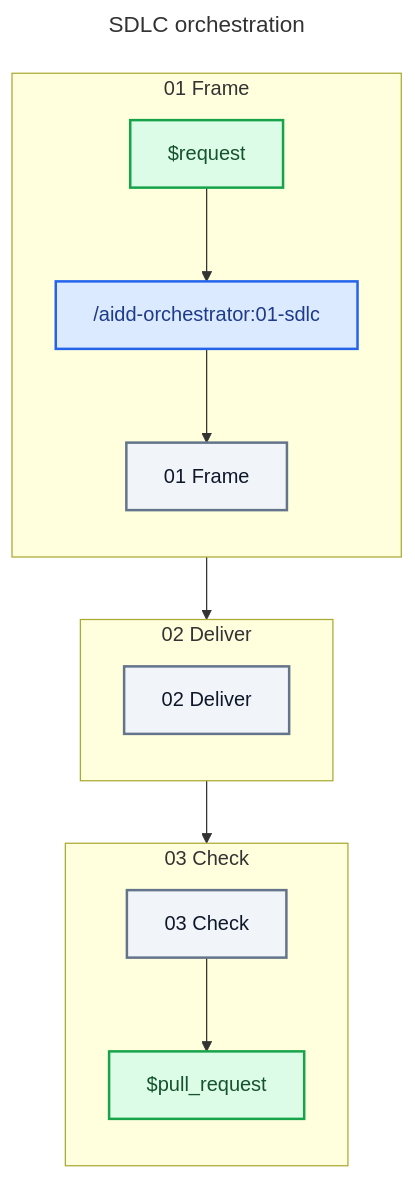
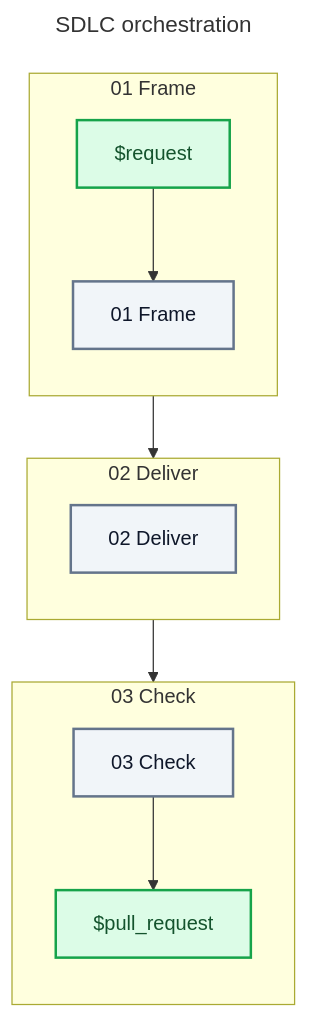
Before and after one commit to ai-driven-dev/aidd-framework: the diagram in plugins/aidd-orchestrator/skills/01-sdlc/SKILL.md, drawn with Mermaid. The commit also changed 3 other files, not shown here.

First line of the commit message:
refactor(orchestrator): remove SDLC self-references

````diff
--- a/plugins/aidd-orchestrator/skills/01-sdlc/SKILL.md
+++ b/plugins/aidd-orchestrator/skills/01-sdlc/SKILL.md
@@ -14,37 +14,33 @@
 ```mermaid
 ---
 title: SDLC orchestration
 ---
 flowchart TD
   subgraph FrameStage["01 Frame"]
     direction TB
     Request["$request"]
-    Sdlc["/aidd-orchestrator:01-sdlc"]
     Frame["01 Frame"]
   end
 
   subgraph DeliverStage["02 Deliver"]
     direction TB
     Deliver["02 Deliver"]
   end
 
   subgraph CheckStage["03 Check"]
     direction TB
     Check["03 Check"]
     PullRequest["$pull_request"]
   end
 
-  Request --> Sdlc
-  Sdlc --> Frame
+  Request --> Frame
   Frame --> Deliver
   Deliver --> Check
   Check --> PullRequest
 
-  classDef skill fill:#DBEAFE,stroke:#2563EB,color:#1E3A8A,stroke-width:2px
   classDef artifact fill:#DCFCE7,stroke:#16A34A,color:#14532D,stroke-width:2px
   classDef zone fill:#F1F5F9,stroke:#64748B,color:#0F172A,stroke-width:2px
 
-  class Sdlc skill
   class Request,PullRequest artifact
   class Frame,Deliver,Check zone
 ```
````
